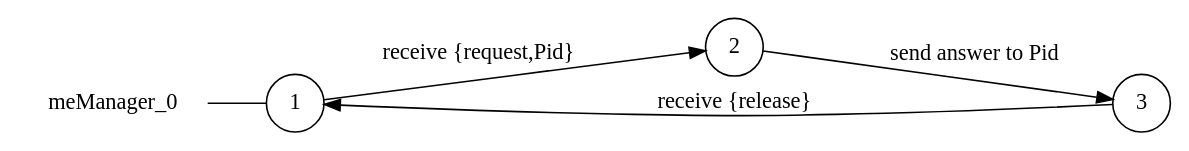
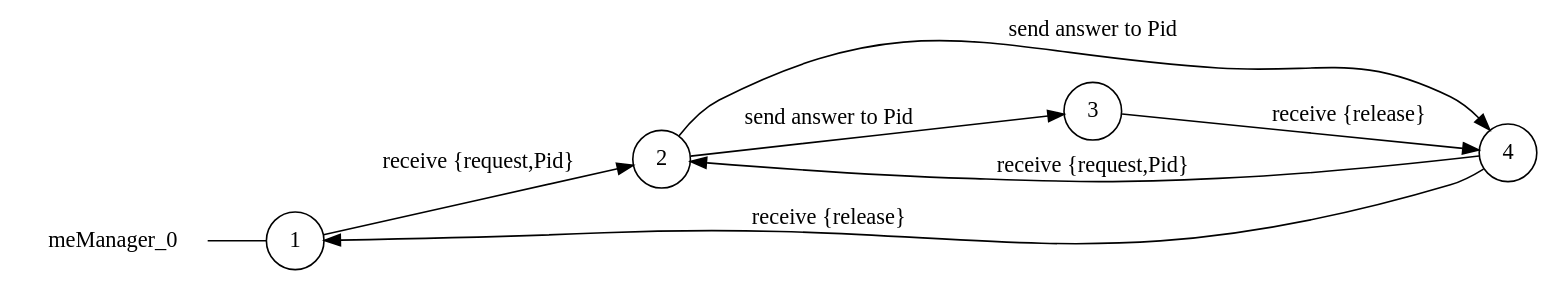
One commit to gabrielegenovese/chorer changed the diagram in examples/cauder_suite/meViolation/meManager_0_local_view.dot. Above: the diagram before and after it, drawn with Graphviz. The commit also changed 37 other files, not shown here.

```diff
--- a/examples/cauder_suite/meViolation/meManager_0_local_view.dot
+++ b/examples/cauder_suite/meViolation/meManager_0_local_view.dot
@@ -1,12 +1,16 @@
 digraph meManager_0 {
 	rankdir="LR";
 	n_0 [label="meManager_0", shape="plaintext"];
 	n_1 [id="1", shape=circle, label="1"];
 	n_0 -> n_1 [arrowhead=none];
 	n_2 [id="2", shape=circle, label="2"];
-	n_3 [id="3", shape=circle, label="3"];
+	n_3 [id="4", shape=circle, label="4"];
+	n_4 [id="3", shape=circle, label="3"];
 
+	n_2 -> n_4 [id="[$e|1]", label="send answer to Pid"];
+	n_3 -> n_2 [id="[$e|3]", label="receive {request,Pid}"];
+	n_4 -> n_3 [id="[$e|0]", label="receive {release}"];
 	n_1 -> n_2 [id="[$e|2]", label="receive {request,Pid}"];
 	n_2 -> n_3 [id="[$e|1]", label="send answer to Pid"];
 	n_3 -> n_1 [id="[$e|4]", label="receive {release}"];
 }
```
